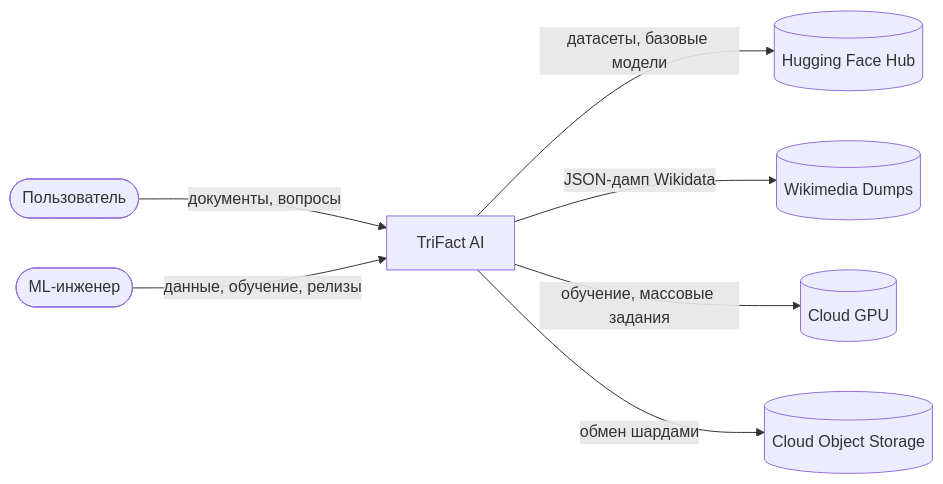
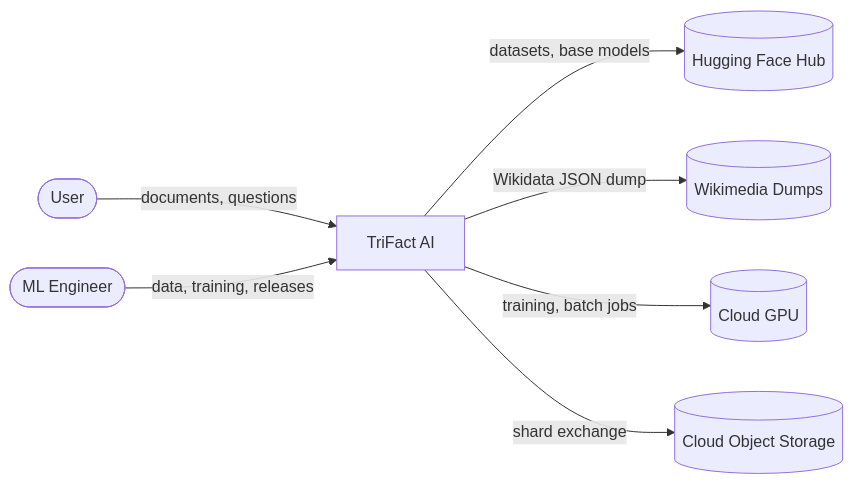
One commit to Nusultan11/TriFactAI changed the first of 4 diagrams in docs/architecture/docs/01-architecture.md. Above: the diagram before and after it, drawn with Mermaid. The commit also changed other lines of this file and 30 other files, not shown here.

````diff
--- a/docs/architecture/docs/01-architecture.md
+++ b/docs/architecture/docs/01-architecture.md
@@ -63,9 +55,9 @@
 ```mermaid
 flowchart LR
-    U([Пользователь]) -->|документы, вопросы| T[TriFact AI]
-    E([ML-инженер]) -->|данные, обучение, релизы| T
-    T -->|датасеты, базовые модели| HF[(Hugging Face Hub)]
-    T -->|JSON-дамп Wikidata| WM[(Wikimedia Dumps)]
-    T -->|обучение, массовые задания| GPU[(Cloud GPU)]
-    T -->|обмен шардами| CS[(Cloud Object Storage)]
+    U([User]) -->|documents, questions| T[TriFact AI]
+    E([ML Engineer]) -->|data, training, releases| T
+    T -->|datasets, base models| HF[(Hugging Face Hub)]
+    T -->|Wikidata JSON dump| WM[(Wikimedia Dumps)]
+    T -->|training, batch jobs| GPU[(Cloud GPU)]
+    T -->|shard exchange| CS[(Cloud Object Storage)]
 ```
````
